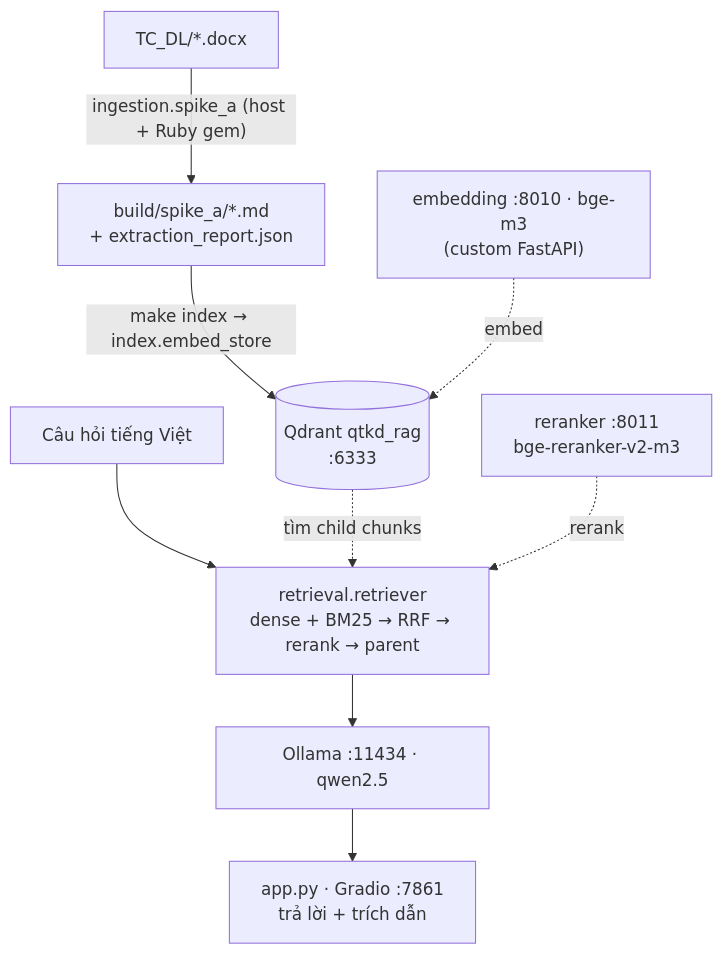
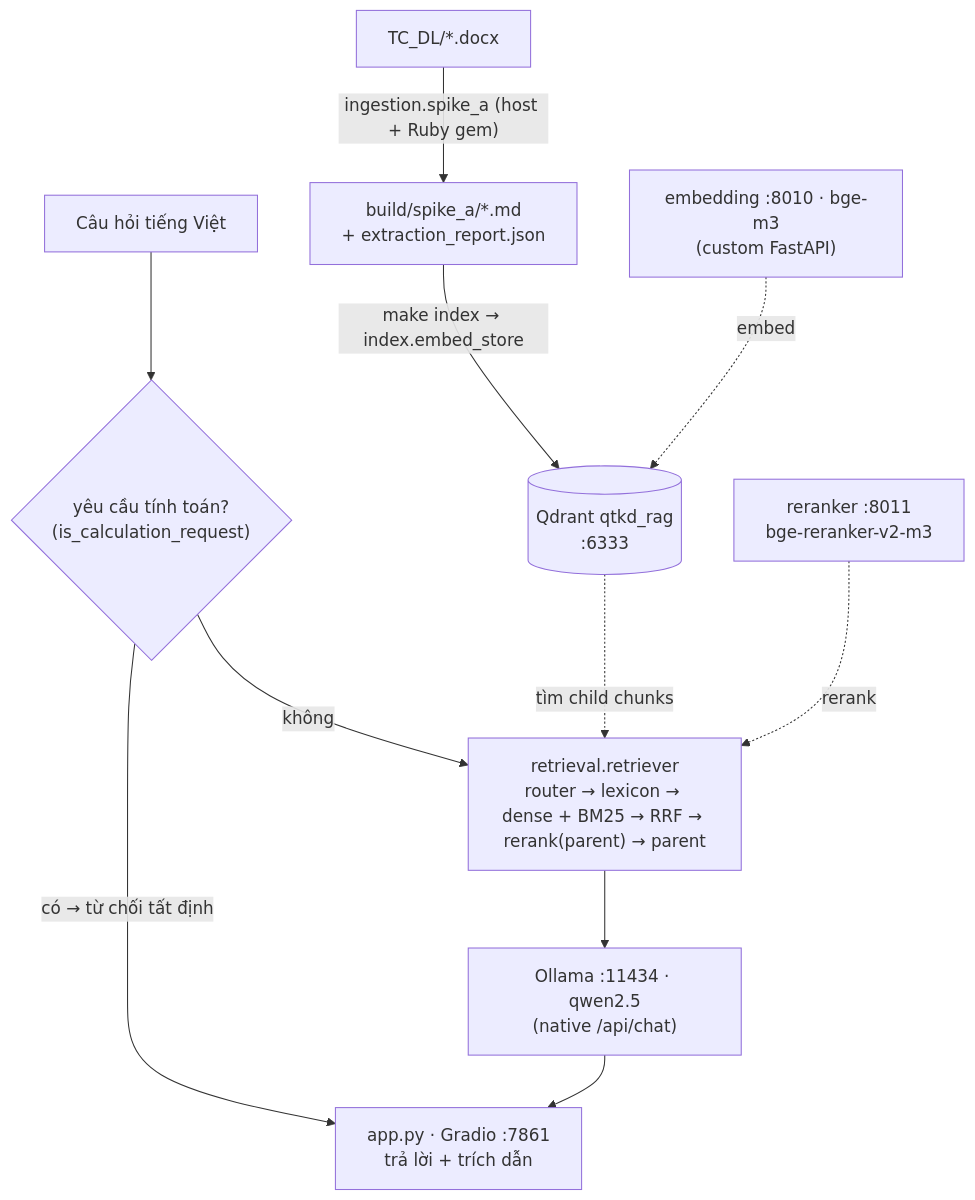
One commit to justtuananh/RAG-TC-DL changed the first of 2 diagrams in README.md. Above: the diagram before and after it, drawn with Mermaid. The commit also changed other lines of this file, not shown here.

````diff
--- a/README.md
+++ b/README.md
@@ -213,11 +217,13 @@
 ```mermaid
 flowchart TB
     D["TC_DL/*.docx"] -->|"ingestion.spike_a (host + Ruby gem)"| MD["build/spike_a/*.md<br/>+ extraction_report.json"]
     MD -->|"make index → index.embed_store"| QD[("Qdrant qtkd_rag<br/>:6333")]
     EMB["embedding :8010 · bge-m3<br/>(custom FastAPI)"] -. embed .-> QD
-    Q["Câu hỏi tiếng Việt"] --> RET["retrieval.retriever<br/>dense + BM25 → RRF → rerank → parent"]
+    Q["Câu hỏi tiếng Việt"] --> GUARD{"yêu cầu tính toán?<br/>(is_calculation_request)"}
+    GUARD -->|"có → từ chối tất định"| APP
+    GUARD -->|"không"| RET["retrieval.retriever<br/>router → lexicon → dense + BM25 → RRF → rerank(parent) → parent"]
     QD -. "tìm child chunks" .-> RET
     RK["reranker :8011<br/>bge-reranker-v2-m3"] -. rerank .-> RET
-    RET --> OL["Ollama :11434 · qwen2.5"]
+    RET --> OL["Ollama :11434 · qwen2.5<br/>(native /api/chat)"]
     OL --> APP["app.py · Gradio :7861<br/>trả lời + trích dẫn"]
 ```
````
